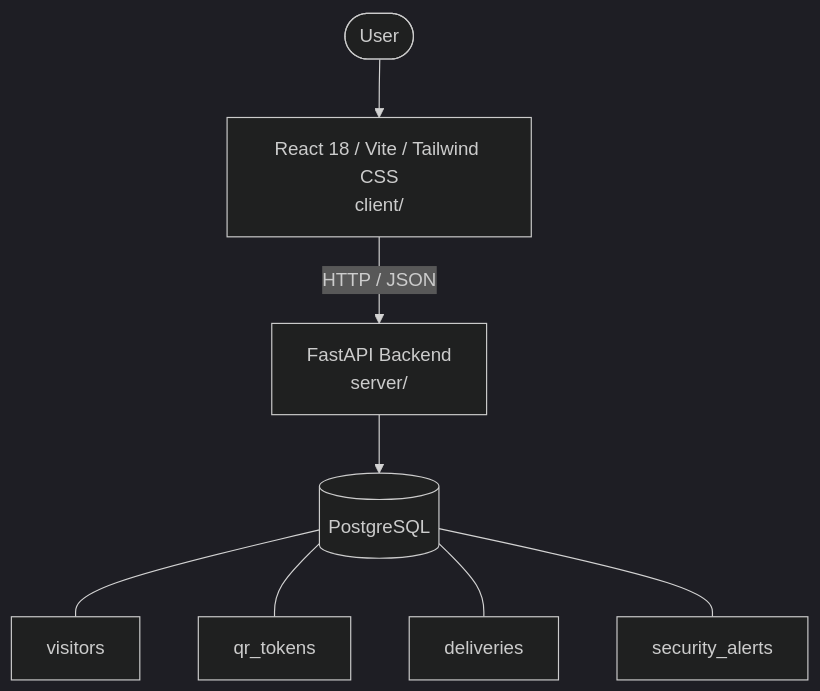
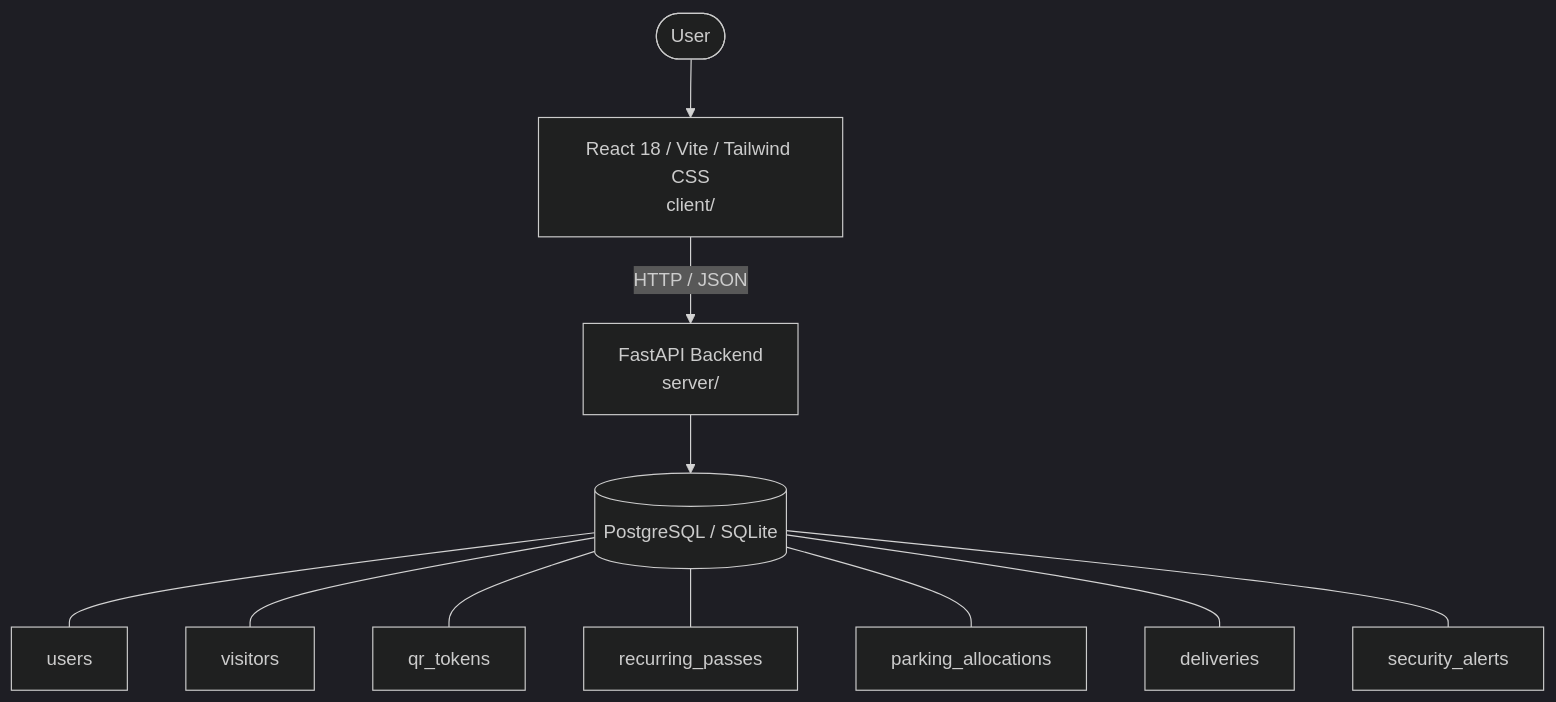
Before and after one commit to p67428378-afk/test2: the diagram in architecture.md, drawn with Mermaid (dark theme). The commit also changed other lines of this file and 25 other files, not shown here.

````diff
--- a/architecture.md
+++ b/architecture.md
@@ -6,14 +6,17 @@
 ```mermaid
 graph TD
   User([User])
   UI["React 18 / Vite / Tailwind CSS<br/>client/"]
   API["FastAPI Backend<br/>server/"]
-  DB[("PostgreSQL")]
+  DB[("PostgreSQL / SQLite")]
   User --> UI
   UI -->|HTTP / JSON| API
   API --> DB
+  DB --- tbl_users["users"]
   DB --- tbl_visitors["visitors"]
   DB --- tbl_qr_tokens["qr_tokens"]
+  DB --- tbl_recurring_passes["recurring_passes"]
+  DB --- tbl_parking_allocations["parking_allocations"]
   DB --- tbl_deliveries["deliveries"]
   DB --- tbl_security_alerts["security_alerts"]
 ```
````
